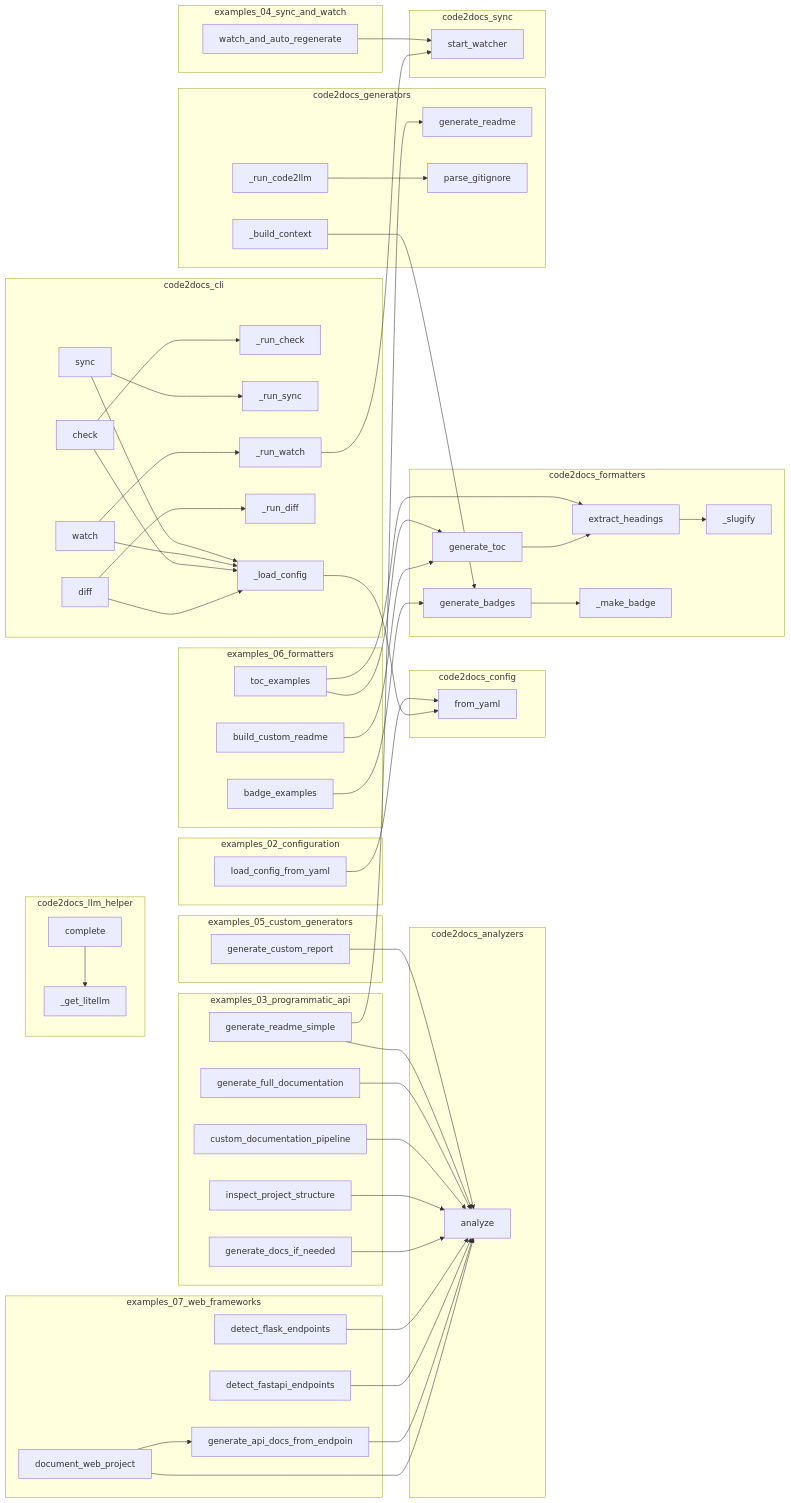
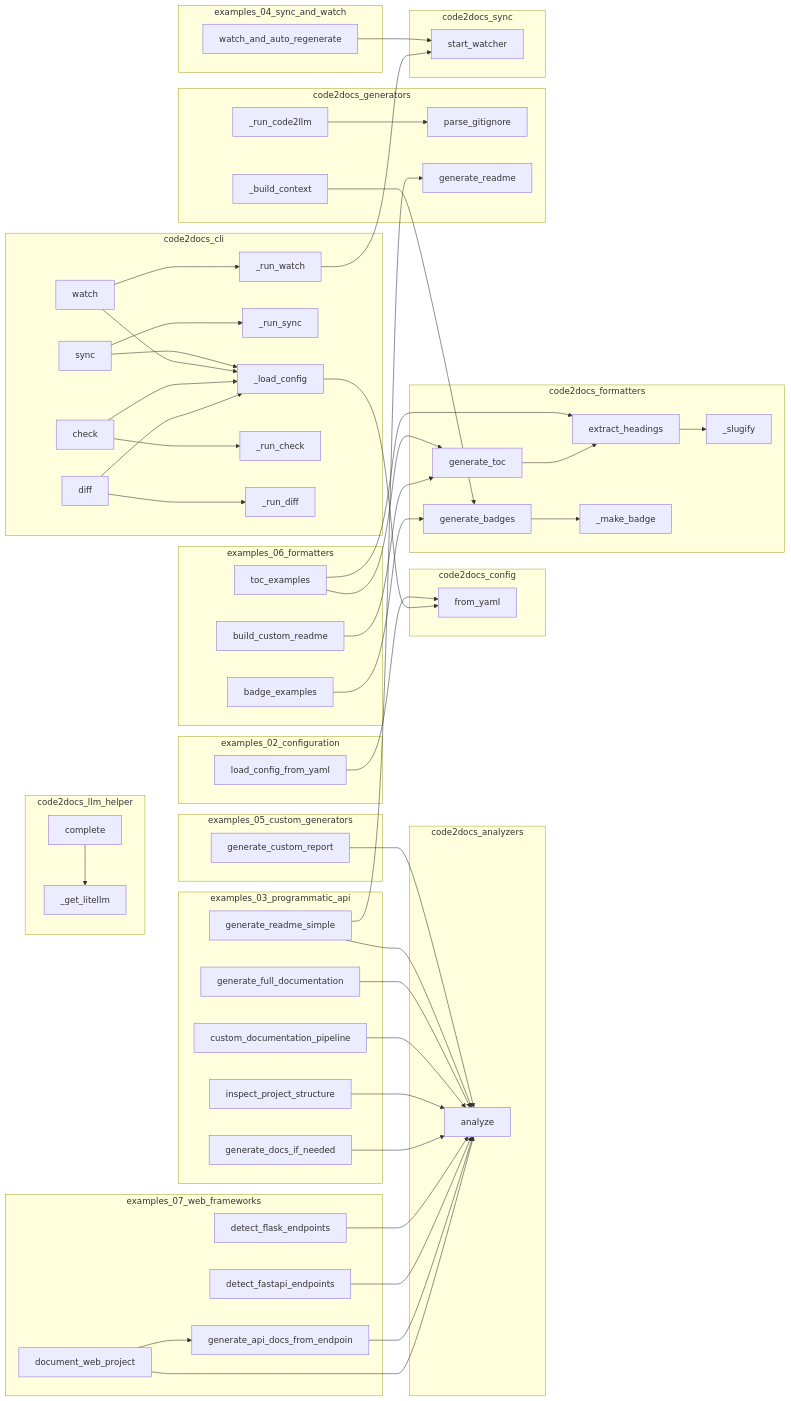
One commit to semcod/code2docs changed the diagram in project/calls.mmd. Above: the diagram before and after it, drawn with Mermaid. The commit also changed other lines of this file and 11 other files, not shown here.

```diff
--- a/project/calls.mmd
+++ b/project/calls.mmd
@@ -1,99 +1,99 @@
 flowchart LR
     subgraph code2docs_analyzers
         code2docs__analyze["analyze"]
     end
     subgraph code2docs_cli
+        code2docs__cli__watch["watch"]
+        code2docs__cli___run_watch["_run_watch"]
+        code2docs__cli__diff["diff"]
+        code2docs__cli___run_sync["_run_sync"]
+        code2docs__cli___load_config["_load_config"]
+        code2docs__cli__check["check"]
+        code2docs__cli___run_check["_run_check"]
         code2docs__cli__sync["sync"]
-        code2docs__cli___run_check["_run_check"]
-        code2docs__cli___run_sync["_run_sync"]
-        code2docs__cli__diff["diff"]
-        code2docs__cli___run_watch["_run_watch"]
         code2docs__cli___run_diff["_run_diff"]
-        code2docs__cli___load_config["_load_config"]
-        code2docs__cli__watch["watch"]
-        code2docs__cli__check["check"]
     end
     subgraph code2docs_config
         code2docs__config__Code2DocsConfig__from_yaml["from_yaml"]
     end
     subgraph code2docs_formatters
-        code2docs__formatters__badges__generate_badges["generate_badges"]
+        code2docs__formatters__toc__extract_headings["extract_headings"]
         code2docs__formatters__toc__generate_toc["generate_toc"]
         code2docs__formatters__toc___slugify["_slugify"]
-        code2docs__formatters__toc__extract_headings["extract_headings"]
         code2docs__formatters__badges___make_badge["_make_badge"]
+        code2docs__formatters__badges__generate_badges["generate_badges"]
     end
     subgraph code2docs_generators
-        code2docs___run_code2llm["_run_code2llm"]
-        code2docs__generators__readme_gen__generate_readme["generate_readme"]
         code2docs___build_context["_build_context"]
         code2docs__parse_gitignore["parse_gitignore"]
+        code2docs__generators__readme_gen__generate_readme["generate_readme"]
+        code2docs___run_code2llm["_run_code2llm"]
     end
     subgraph code2docs_llm_helper
+        code2docs__llm_helper___get_litellm["_get_litellm"]
         code2docs__llm_helper__LLMHelper__complete["complete"]
-        code2docs__llm_helper___get_litellm["_get_litellm"]
     end
     subgraph code2docs_sync
         code2docs__sync__watcher__start_watcher["start_watcher"]
     end
     subgraph examples_02_configuration
         examples__02_configuration__load_config_from_yaml["load_config_from_yaml"]
     end
     subgraph examples_03_programmatic_api
+        examples__inspect_project_structure["inspect_project_structure"]
+        examples__custom_documentation_pipeline["custom_documentation_pipeline"]
+        examples__generate_full_documentation["generate_full_documentation"]
+        examples__generate_readme_simple["generate_readme_simple"]
         examples__generate_docs_if_needed["generate_docs_if_needed"]
-        examples__generate_full_documentation["generate_full_documentation"]
-        examples__custom_documentation_pipeline["custom_documentation_pipeline"]
-        examples__generate_readme_simple["generate_readme_simple"]
-        examples__inspect_project_structure["inspect_project_structure"]
     end
     subgraph examples_04_sync_and_watch
         examples__watch_and_auto_regenerate["watch_and_auto_regenerate"]
     end
     subgraph examples_05_custom_generators
         examples__generate_custom_report["generate_custom_report"]
     end
     subgraph examples_06_formatters
+        examples__06_formatters__toc_examples["toc_examples"]
         examples__06_formatters__build_custom_readme["build_custom_readme"]
         examples__06_formatters__badge_examples["badge_examples"]
-        examples__06_formatters__toc_examples["toc_examples"]
     end
     subgraph examples_07_web_frameworks
+        examples__generate_api_docs_from_endpoints["generate_api_docs_from_endpoin"]
+        examples__07_web_frameworks__document_web_project["document_web_project"]
         examples__detect_flask_endpoints["detect_flask_endpoints"]
-        examples__07_web_frameworks__document_web_project["document_web_project"]
         examples__detect_fastapi_endpoints["detect_fastapi_endpoints"]
-        examples__generate_api_docs_from_endpoints["generate_api_docs_from_endpoin"]
     end
     code2docs__llm_helper__LLMHelper__complete --> code2docs__llm_helper___get_litellm
     examples__watch_and_auto_regenerate --> code2docs__sync__watcher__start_watcher
     examples__generate_custom_report --> code2docs__analyze
     examples__06_formatters__badge_examples --> code2docs__formatters__badges__generate_badges
     examples__06_formatters__toc_examples --> code2docs__formatters__toc__generate_toc
     examples__06_formatters__toc_examples --> code2docs__formatters__toc__extract_headings
     examples__06_formatters__build_custom_readme --> code2docs__formatters__toc__generate_toc
     examples__generate_readme_simple --> code2docs__analyze
     examples__generate_readme_simple --> code2docs__generators__readme_gen__generate_readme
     examples__generate_full_documentation --> code2docs__analyze
     examples__custom_documentation_pipeline --> code2docs__analyze
     examples__inspect_project_structure --> code2docs__analyze
     examples__generate_docs_if_needed --> code2docs__analyze
     examples__detect_flask_endpoints --> code2docs__analyze
     examples__detect_fastapi_endpoints --> code2docs__analyze
     examples__generate_api_docs_from_endpoints --> code2docs__analyze
     examples__07_web_frameworks__document_web_project --> code2docs__analyze
     examples__07_web_frameworks__document_web_project --> examples__generate_api_docs_from_endpoints
     examples__02_configuration__load_config_from_yaml --> code2docs__config__Code2DocsConfig__from_yaml
     code2docs__formatters__badges__generate_badges --> code2docs__formatters__badges___make_badge
     code2docs__formatters__toc__generate_toc --> code2docs__formatters__toc__extract_headings
     code2docs__formatters__toc__extract_headings --> code2docs__formatters__toc___slugify
     code2docs___run_code2llm --> code2docs__parse_gitignore
     code2docs___build_context --> code2docs__formatters__badges__generate_badges
     code2docs__cli__sync --> code2docs__cli___load_config
     code2docs__cli__sync --> code2docs__cli___run_sync
     code2docs__cli__watch --> code2docs__cli___load_config
     code2docs__cli__watch --> code2docs__cli___run_watch
     code2docs__cli__check --> code2docs__cli___load_config
     code2docs__cli__check --> code2docs__cli___run_check
     code2docs__cli__diff --> code2docs__cli___load_config
     code2docs__cli__diff --> code2docs__cli___run_diff
     code2docs__cli___load_config --> code2docs__config__Code2DocsConfig__from_yaml
     code2docs__cli___run_watch --> code2docs__sync__watcher__start_watcher
```
